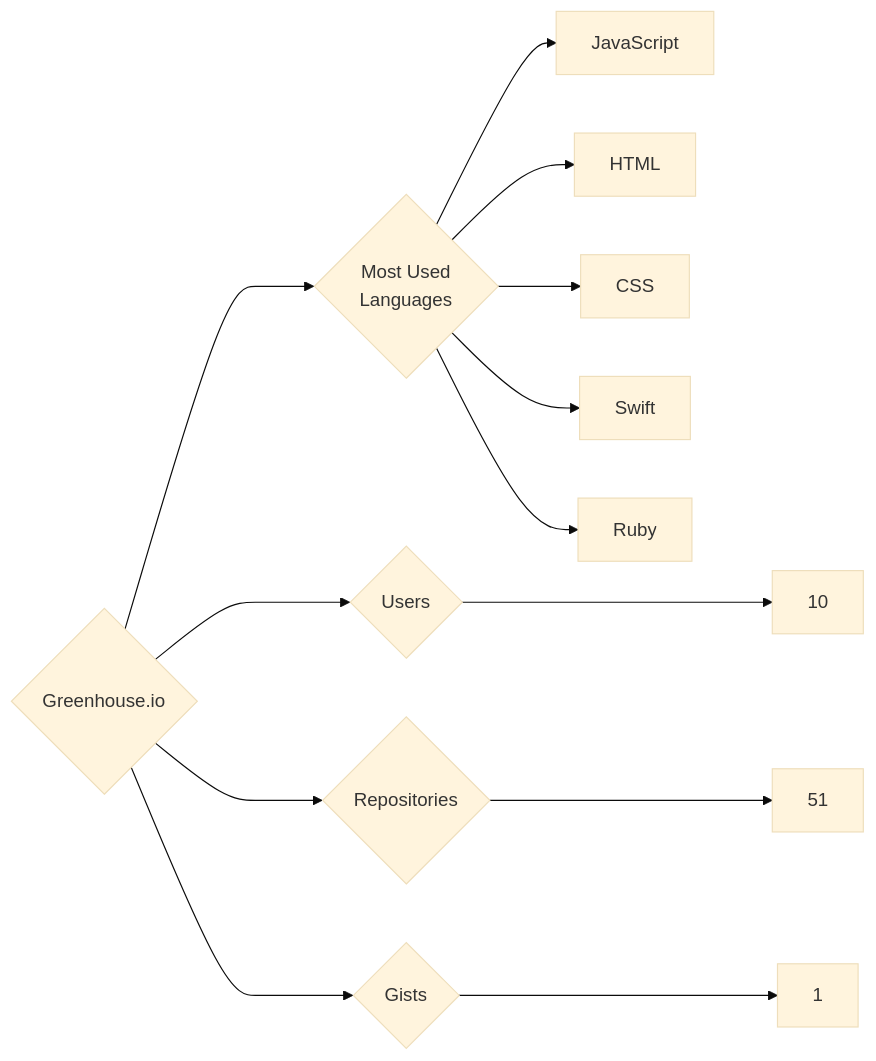
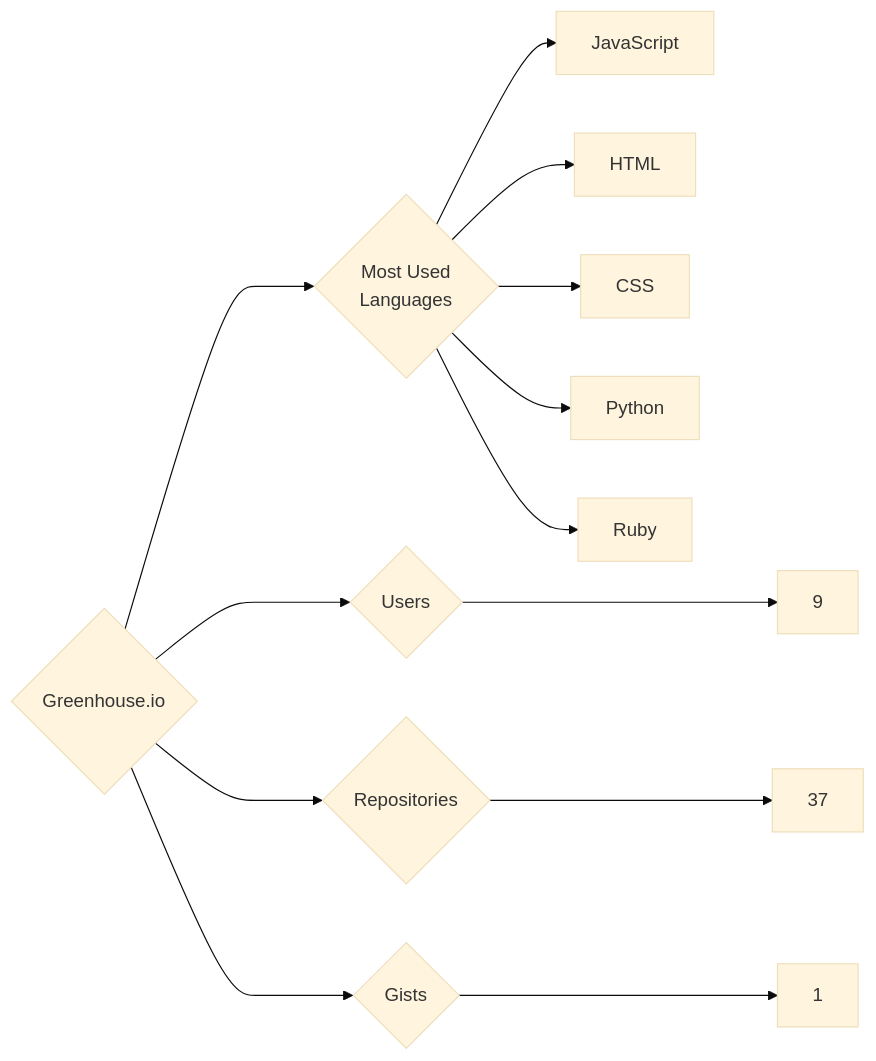
The diagram in targets/Greenhouse.io/README.md (trickest/insiders), drawn with Mermaid (base theme) before and after one commit. The commit also changed 611 other files, not shown here.

````diff
--- a/targets/Greenhouse.io/README.md
+++ b/targets/Greenhouse.io/README.md
@@ -3,13 +3,13 @@
 ```mermaid
 graph LR
 COMPANY_NAME{Greenhouse.io}
-COMPANY_NAME ---> U{Users} ---> UN[10]
-COMPANY_NAME ---> R{Repositories} ---> RN[51]
+COMPANY_NAME ---> U{Users} ---> UN[9]
+COMPANY_NAME ---> R{Repositories} ---> RN[37]
 COMPANY_NAME ---> G{Gists} ---> GN[1]
 COMPANY_NAME ---> ML{Most Used<br>Languages}
 ML --> JavaScript[JavaScript]
 ML --> HTML[HTML]
 ML --> CSS[CSS]
-ML --> Swift[Swift]
+ML --> Python[Python]
 ML --> Ruby[Ruby]
 ```
````
